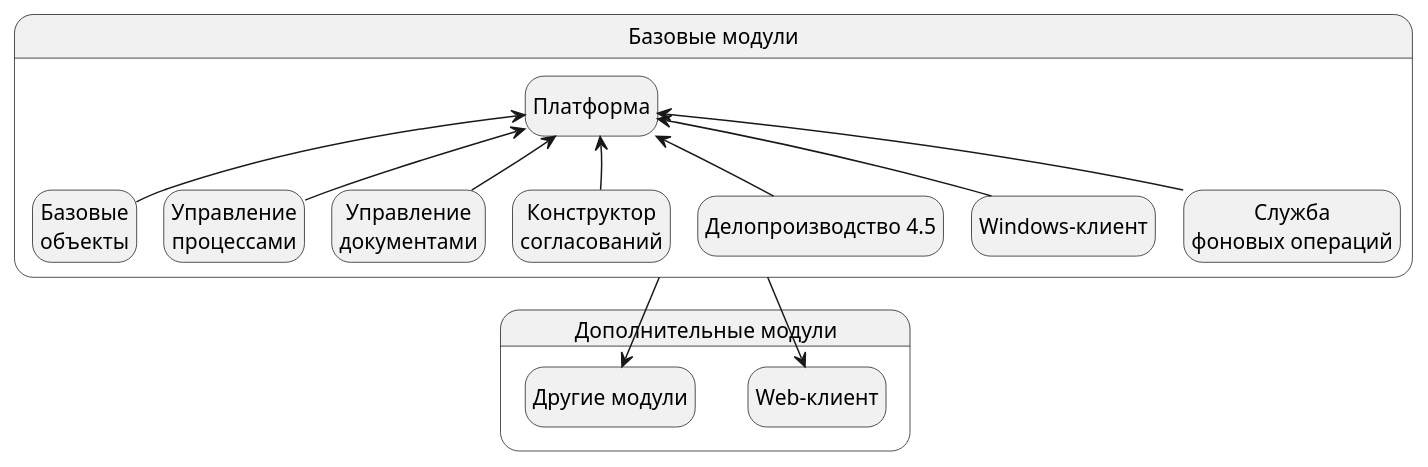
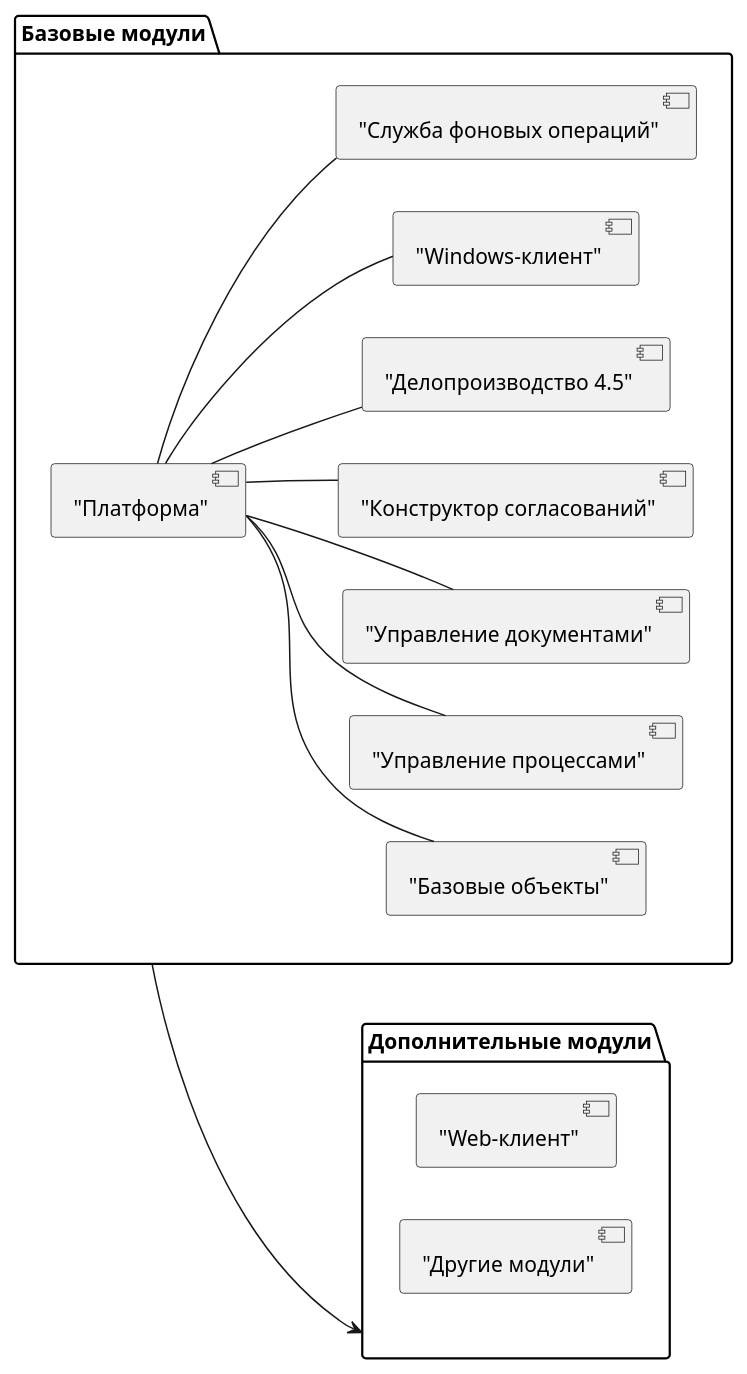
Before and after one commit to Docsvision/antora-install-guide: the diagram in modules/ROOT/pages/index.adoc, drawn with PlantUML. The commit also changed other lines of this file, not shown here.

Commit message:
GBL-2788 / TSK-3118 -- воркер как базовый модуль, диаграммы

```diff
--- a/modules/ROOT/pages/index.adoc
+++ b/modules/ROOT/pages/index.adoc
@@ -30,49 +82,49 @@
 [plantuml, svg]
 ....
 @startuml
-hide empty description
-'!pragma layout elk
-skinparam rectangleBorderThickness 1
-skinparam defaultTextAlignment center
-skinparam lifelineStrategy solid
-skinparam monochrome true
+left to right direction
 
-State "Базовые модули" as base {
+package "Базовые модули" as base {
 
-State "Платформа" as platform
-State "Базовые\nобъекты" as baseobjects
-State "Управление\nпроцессами" as workflow
-State "Управление\nдокументами" as documentmanagement
-State "Конструктор\nсогласований" as approvaldesigner
-State "Делопроизводство 4.5" as takeoffice
-State "Windows-клиент" as windowsclient
-State "Служба\nфоновых операций" as workerservice
+["Платформа"] as platform
+["Базовые объекты"] as baseobjects
+["Управление процессами"] as workflow
+["Управление документами"] as documentmanagement
+["Конструктор согласований"] as approvaldesigner
+["Делопроизводство 4.5"] as takeoffice
+["Windows-клиент"] as windowsclient
+["Служба фоновых операций"] as workerservice
 }
 
-baseobjects --> platform
-workflow --> platform
-takeoffice --> platform
-windowsclient --> platform
-documentmanagement --> platform
-approvaldesigner --> platform
-workerservice --> platform
+[baseobjects] -- [platform]
+[workflow] -- [platform]
+[takeoffice] -- [platform]
+[windowsclient] -- [platform]
+[documentmanagement] -- [platform]
+[approvaldesigner] -- [platform]
+[workerservice] -- [platform]
+
+package "Дополнительные модули" as additional {
+
+["Web-клиент"] as webclient
+["Другие модули"] as other
+}
 
 platform -[hidden]-> baseobjects
 platform -[hidden]-> workflow
 platform -[hidden]-> takeoffice
 platform -[hidden]-> windowsclient
 platform -[hidden]-> documentmanagement
 platform -[hidden]-> approvaldesigner
 platform -[hidden]-> workerservice
 
-State "Дополнительные модули" as additional {
+package "Дополнительные модули" as additional {
 
-State "Web-клиент" as webclient
-State "Другие модули" as other
+["Web-клиент"] as webclient
+["Другие модули"] as other
 }
 
-base --> webclient
-base --> other
+base -down-> additional
 
 @enduml
 ....
```
